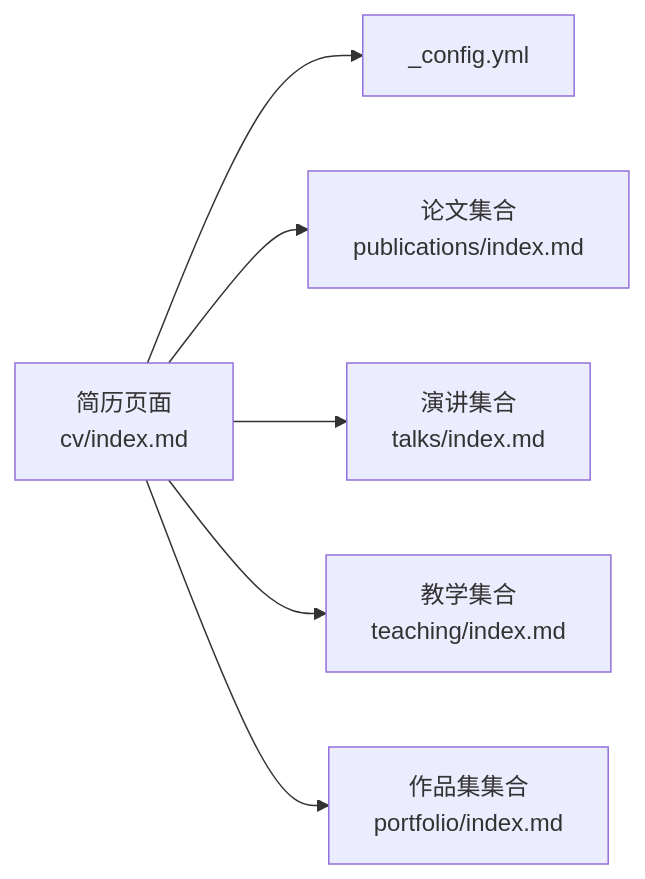
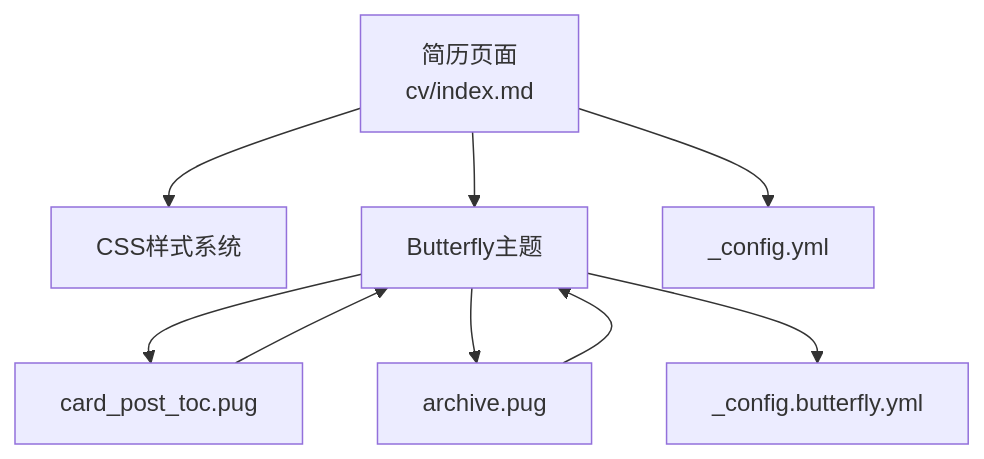
The third of 3 diagrams in .qoder/repowiki/zh/content/学术功能模块/简历生成功能.md (CoolPig0720/CoolPig0720.github.io), drawn with Mermaid before and after one commit. The commit also changed other lines of this file and 14 other files, not shown here.

````diff
--- a/.qoder/repowiki/zh/content/学术功能模块/简历生成功能.md
+++ b/.qoder/repowiki/zh/content/学术功能模块/简历生成功能.md
@@ -174,8 +202,11 @@
 ```mermaid
-graph LR
-CV["简历页面<br/>cv/index.md"] --> CFG["_config.yml"]
-CV --> PUB["论文集合<br/>publications/index.md"]
-CV --> TAL["演讲集合<br/>talks/index.md"]
-CV --> TCH["教学集合<br/>teaching/index.md"]
-CV --> POR["作品集集合<br/>portfolio/index.md"]
+graph TD
+CV["简历页面<br/>cv/index.md"] --> CSS["CSS样式系统"]
+CV --> THEME["Butterfly主题"]
+THEME --> PATCH1["card_post_toc.pug"]
+THEME --> PATCH2["archive.pug"]
+CV --> CONFIG["_config.yml"]
+THEME --> BCONFIG["_config.butterfly.yml"]
+PATCH1 --> THEME
+PATCH2 --> THEME
 ```
````
